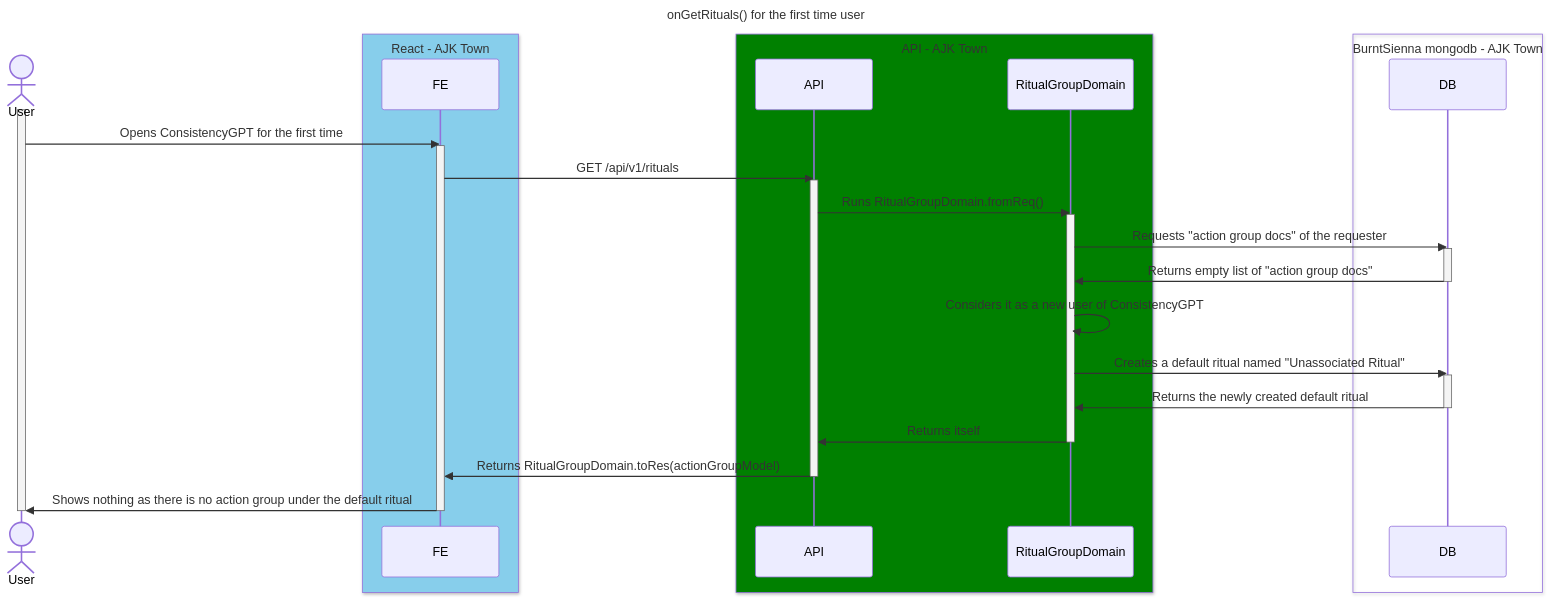
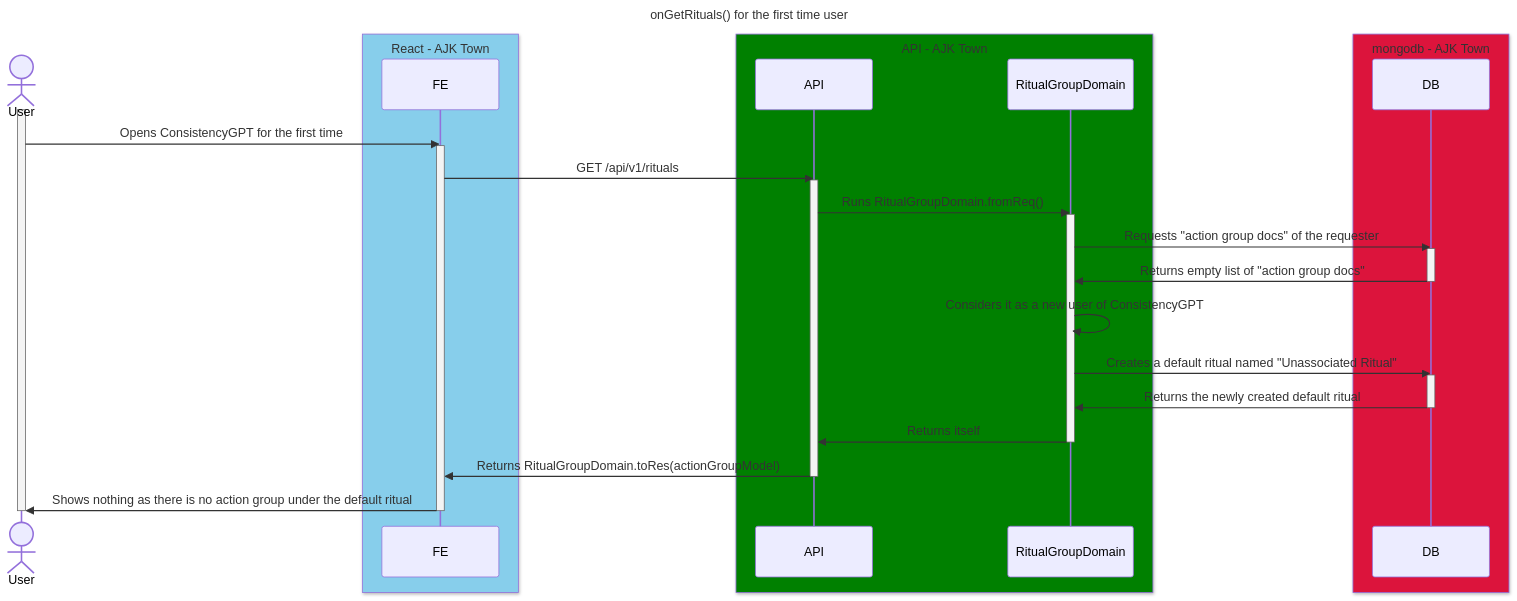
One commit to ajktown/docs changed the diagram in dev_consistency/diagrams/on-get-rituals-first-time.md. Above: the diagram before and after it, drawn with Mermaid.

````diff
--- a/dev_consistency/diagrams/on-get-rituals-first-time.md
+++ b/dev_consistency/diagrams/on-get-rituals-first-time.md
@@ -18,42 +18,42 @@
 ```mermaid
 
 sequenceDiagram
 title: onGetRituals() for the first time user
 
 actor user as User
 box SkyBlue React - AJK Town
   participant fe as FE
 end
 box Green API - AJK Town
   participant api as API
   participant domain as RitualGroupDomain
 end
-box BurntSienna mongodb - AJK Town
+box Crimson mongodb - AJK Town
   participant db as DB
 end
 
 
 activate user
   user ->> fe: Opens ConsistencyGPT for the first time
   activate fe
     fe ->> api: GET /api/v1/rituals
     activate api
       api ->> domain: Runs RitualGroupDomain.fromReq()
       activate domain
         domain ->> db: Requests "action group docs" of the requester
         activate db
           db ->> domain: Returns empty list of "action group docs"
         deactivate db
         domain ->> domain: Considers it as a new user of ConsistencyGPT
         domain ->> db: Creates a default ritual named "Unassociated Ritual"
         activate db
           db ->> domain: Returns the newly created default ritual
         deactivate db
         domain ->> api: Returns itself
       deactivate domain
       api ->> fe: Returns RitualGroupDomain.toRes(actionGroupModel)
     deactivate api
     fe ->> user: Shows nothing as there is no action group under the default ritual
   deactivate fe
 deactivate user
 ```
````
